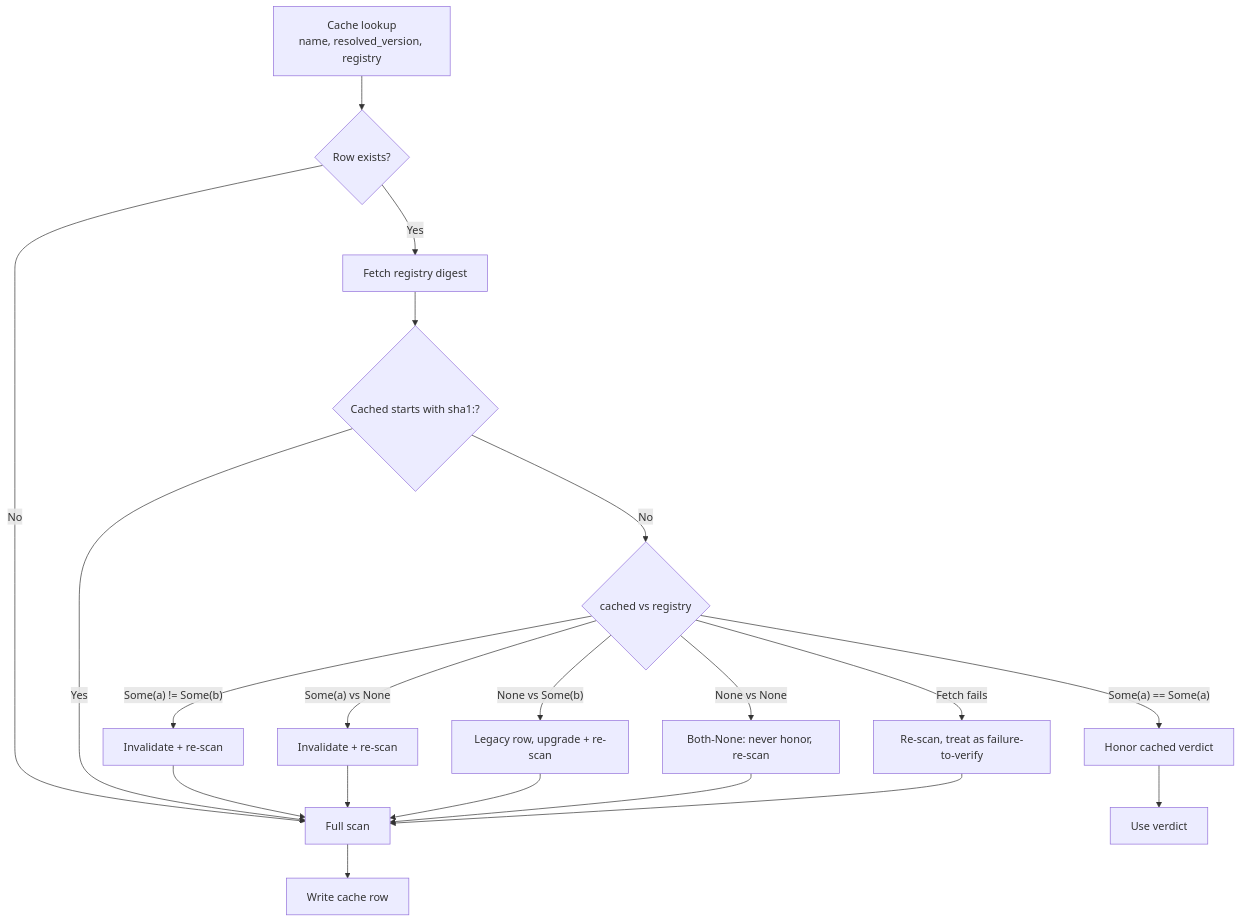
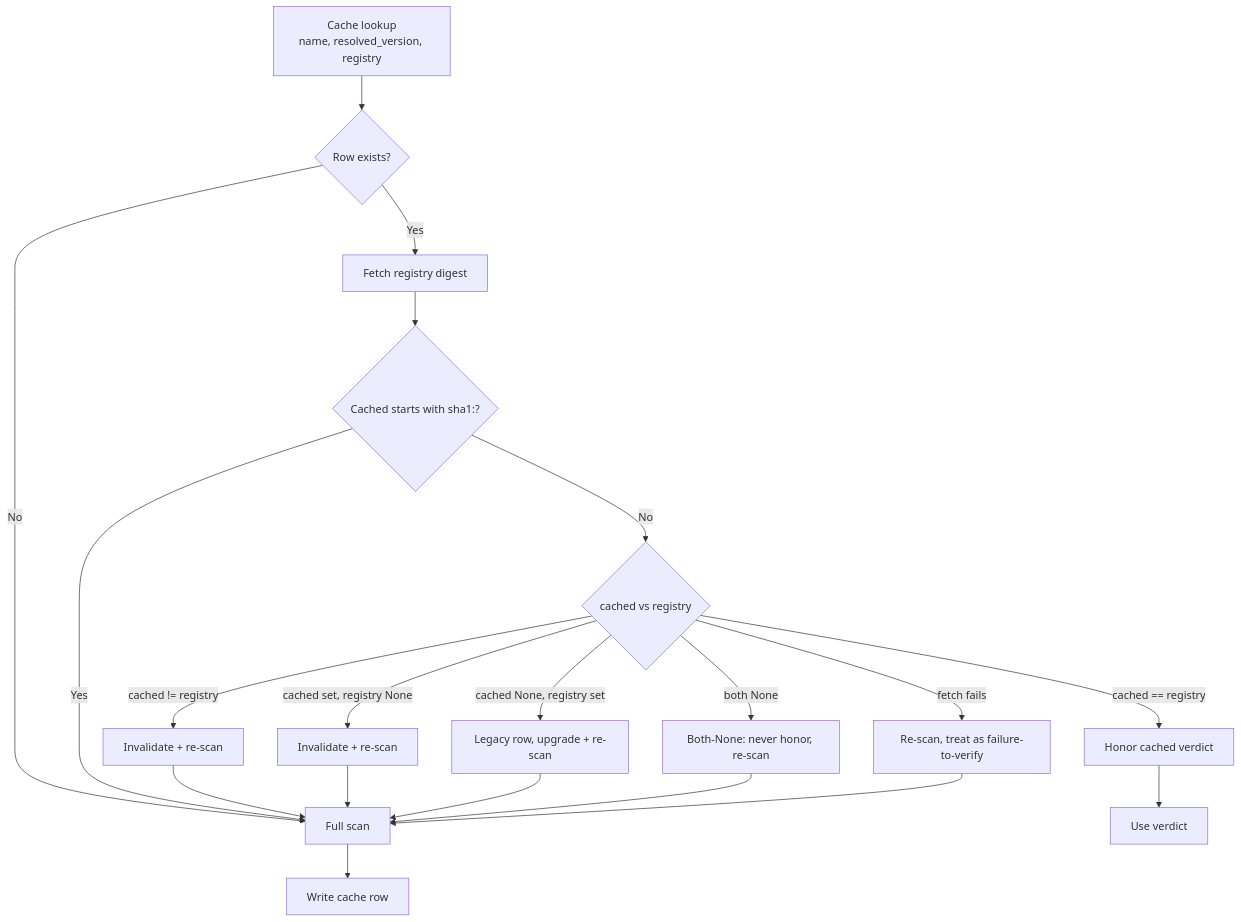
One commit to tkdtaylor/dep-scan changed the sixth of 6 diagrams in docs/architecture/diagrams.md. Above: the diagram before and after it, drawn with Mermaid. The commit also changed other lines of this file, not shown here.

Commit message:
docs: fix Mermaid diagrams 5 & 6 so GitHub renders [allow-main]
Diagram 5 (sigstore sequence): square brackets in message text are
parsed as syntax by GitHub's Mermaid; replaced [..] with (..) in all
four affected messages.

Diagram 6 (cache flowchart): GitHub does not honor quotes inside |..|
edge labels, so parens in Some(a)/Some(b) labels broke the parse.
Dropped parens, rephrased to the data-model spec's comparison wording.

````diff
--- a/docs/architecture/diagrams.md
+++ b/docs/architecture/diagrams.md
@@ -208,22 +208,22 @@
 ```mermaid
 flowchart TD
     Lookup[Cache lookup<br/>name, resolved_version, registry] --> Hit{Row exists?}
     Hit -->|No| Scan[Full scan]
     Hit -->|Yes| FetchReg[Fetch registry digest]
     FetchReg --> Sha1{Cached starts with sha1:?}
     Sha1 -->|Yes| Scan
     Sha1 -->|No| Compare{cached vs registry}
-    Compare -->|"Some(a) == Some(a)"| Honor[Honor cached verdict]
-    Compare -->|"Some(a) != Some(b)"| Invalidate1[Invalidate + re-scan]
-    Compare -->|"Some(a) vs None"| Invalidate2[Invalidate + re-scan]
-    Compare -->|"None vs Some(b)"| ReScan1["Legacy row, upgrade + re-scan"]
-    Compare -->|"None vs None"| ReScan2["Both-None: never honor, re-scan"]
-    Compare -->|"Fetch fails"| ReScan3[Re-scan, treat as failure-to-verify]
+    Compare -->|cached == registry| Honor[Honor cached verdict]
+    Compare -->|cached != registry| Invalidate1[Invalidate + re-scan]
+    Compare -->|cached set, registry None| Invalidate2[Invalidate + re-scan]
+    Compare -->|cached None, registry set| ReScan1["Legacy row, upgrade + re-scan"]
+    Compare -->|both None| ReScan2["Both-None: never honor, re-scan"]
+    Compare -->|fetch fails| ReScan3[Re-scan, treat as failure-to-verify]
     Scan --> Write[Write cache row]
     Honor --> Done[Use verdict]
     Invalidate1 --> Scan
     Invalidate2 --> Scan
     ReScan1 --> Scan
     ReScan2 --> Scan
     ReScan3 --> Scan
 ```
````
